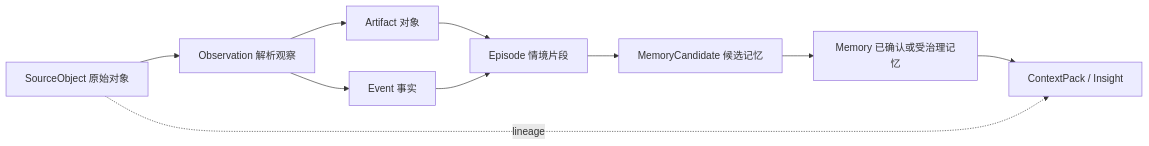
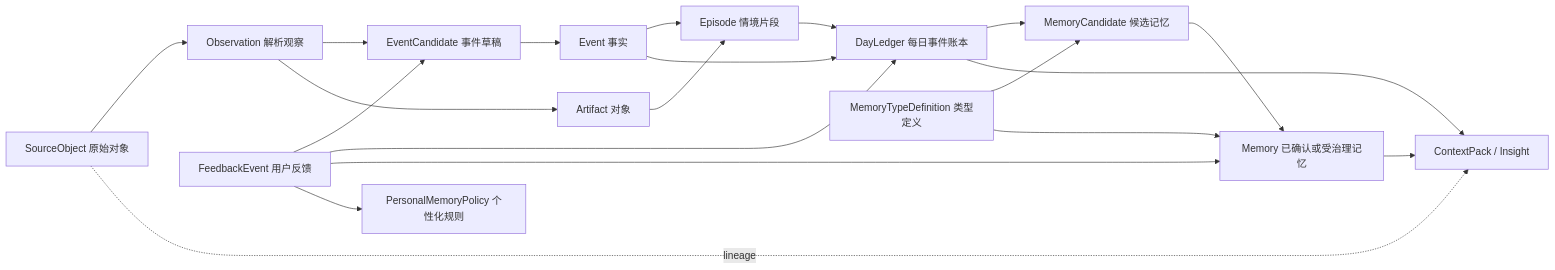
Before and after one commit to hy459229090-lang/Ameme: the diagram in docs/06-data-processing-storage-options.md, drawn with Mermaid. The commit also changed other lines of this file and 111 other files, not shown here.

````diff
--- a/docs/06-data-processing-storage-options.md
+++ b/docs/06-data-processing-storage-options.md
@@ -123,12 +217,22 @@
 ```mermaid
 flowchart LR
     S["SourceObject 原始对象"] --> O["Observation 解析观察"]
+    O --> C["EventCandidate 事件草稿"]
+    C --> E["Event 事实"]
     O --> A["Artifact 对象"]
-    O --> E["Event 事实"]
     A --> P["Episode 情境片段"]
     E --> P
-    P --> C["MemoryCandidate 候选记忆"]
-    C --> M["Memory 已确认或受治理记忆"]
+    E --> D["DayLedger 每日事件账本"]
+    P --> D
+    D --> MC["MemoryCandidate 候选记忆"]
+    MC --> M["Memory 已确认或受治理记忆"]
     M --> X["ContextPack / Insight"]
+    D --> X
+    F["FeedbackEvent 用户反馈"] --> C
+    F --> D
+    F --> M
+    F --> R["PersonalMemoryPolicy 个性化规则"]
+    T["MemoryTypeDefinition 类型定义"] --> MC
+    T --> M
     S -. lineage .-> X
 ```
````
